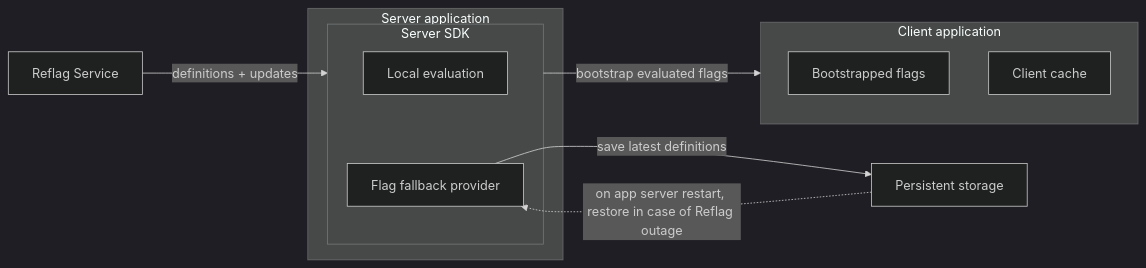
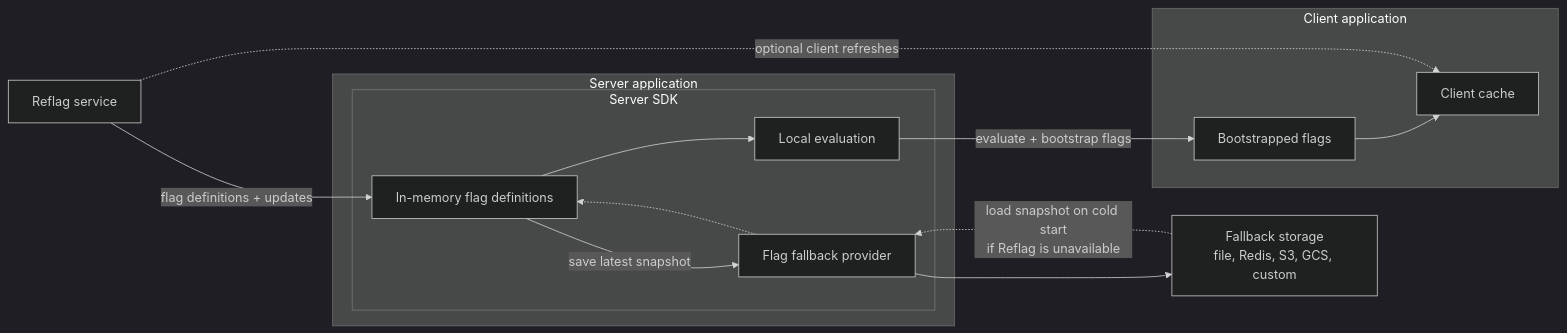
The diagram in product-handbook/service-resiliency.md (reflagcom/docs), drawn with Mermaid (dark theme) before and after one commit. The commit also changed other lines of this file, not shown here.

Commit message:
Clarify service resiliency docs (#23)

````diff
--- a/product-handbook/service-resiliency.md
+++ b/product-handbook/service-resiliency.md
@@ -9,23 +18,29 @@
 ```mermaid
 flowchart LR
-    R["Reflag Service"]
+    R["Reflag service"]
 
     subgraph S["Server application"]
         subgraph SDK["Server SDK"]
             L["Local evaluation"]
+            M["In-memory flag definitions"]
             F["Flag fallback provider"]
         end
     end
 
-    P["Persistent storage"]
+    P["Fallback storage<br/>file, Redis, S3, GCS, custom"]
 
     subgraph C["Client application"]
         B["Bootstrapped flags"]
         K["Client cache"]
     end
 
-    R -->|"definitions + updates"| SDK
-    F -->|"save latest definitions"| P
-    P -.->|" on app server restart, restore in case of Reflag outage"| F
-    SDK -->|"bootstrap evaluated flags"| C
+    R -->|"flag definitions + updates"| M
+    M --> L
+    M -->|"save latest snapshot"| F
+    F --> P
+    P -.->|"load snapshot on cold start<br/>if Reflag is unavailable"| F
+    F -.-> M
+    L -->|"evaluate + bootstrap flags"| B
+    B --> K
+    R -.->|"optional client refreshes"| K
 ```
````
